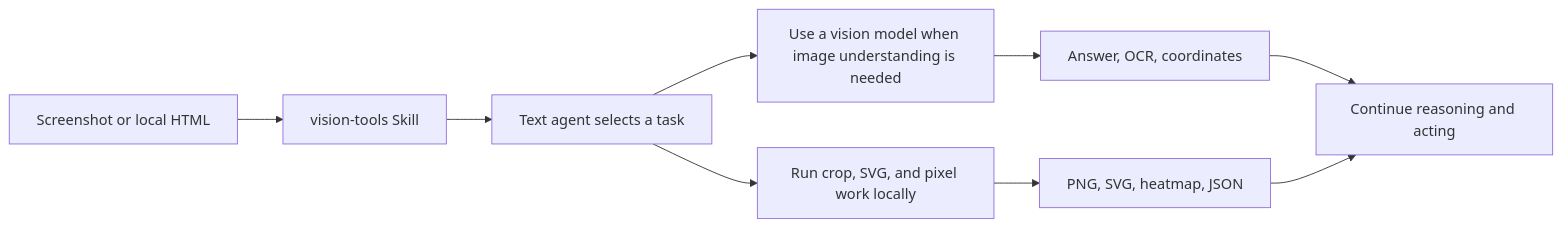
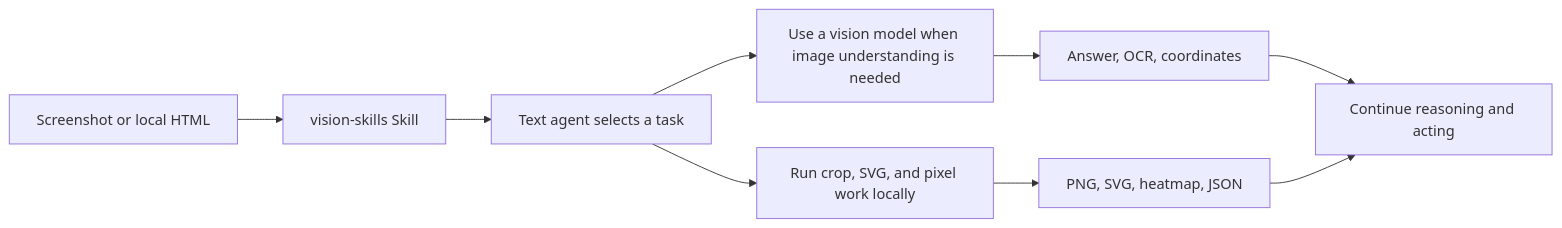
One commit to Anionex/dsh-vision-toolkit changed the diagram in README.md. Above: the diagram before and after it, drawn with Mermaid. The commit also changed other lines of this file and 27 other files, not shown here.

Commit message:
feat(skill): rename bundled Skill from vision-tools to vision-skills

````diff
--- a/README.md
+++ b/README.md
@@ -201,11 +201,11 @@
 ```mermaid
 flowchart LR
-    Image["Screenshot or local HTML"] --> Skill["vision-tools Skill"]
+    Image["Screenshot or local HTML"] --> Skill["vision-skills Skill"]
     Skill --> Agent["Text agent selects a task"]
     Agent --> Vision["Use a vision model when image understanding is needed"]
     Agent --> Local["Run crop, SVG, and pixel work locally"]
     Vision --> Result["Answer, OCR, coordinates"]
     Local --> Artifact["PNG, SVG, heatmap, JSON"]
     Result --> Session["Continue reasoning and acting"]
     Artifact --> Session
 ```
````
